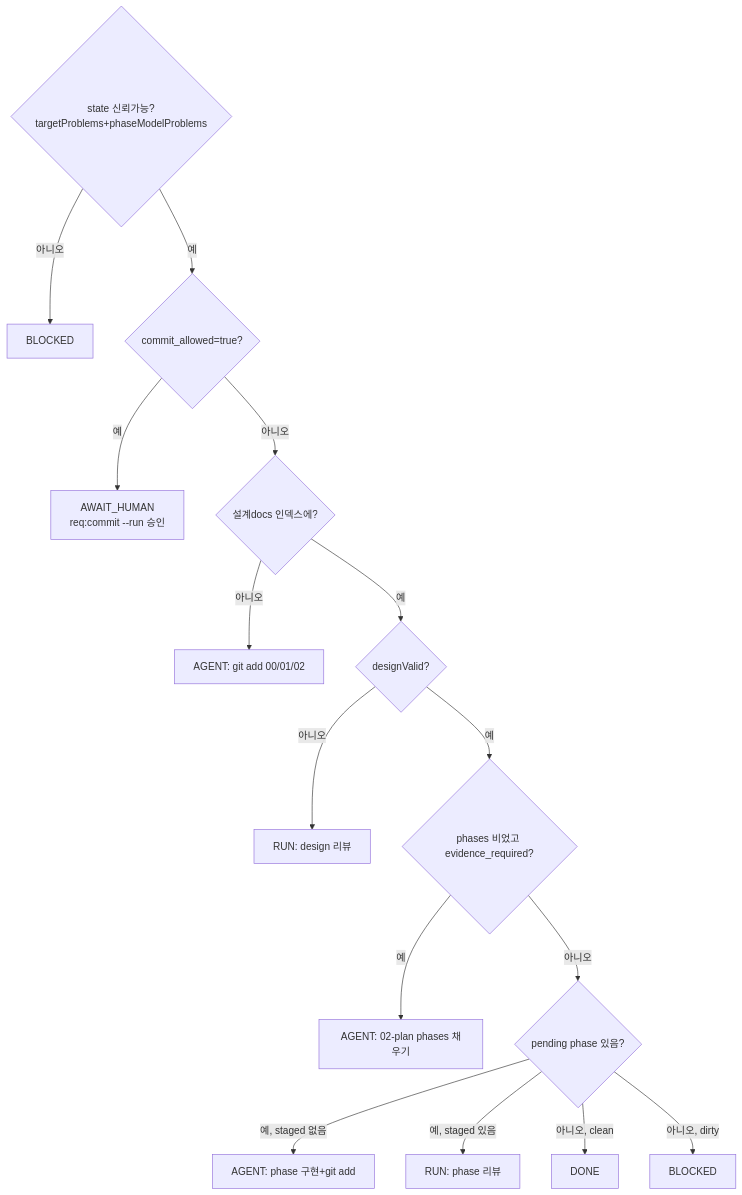
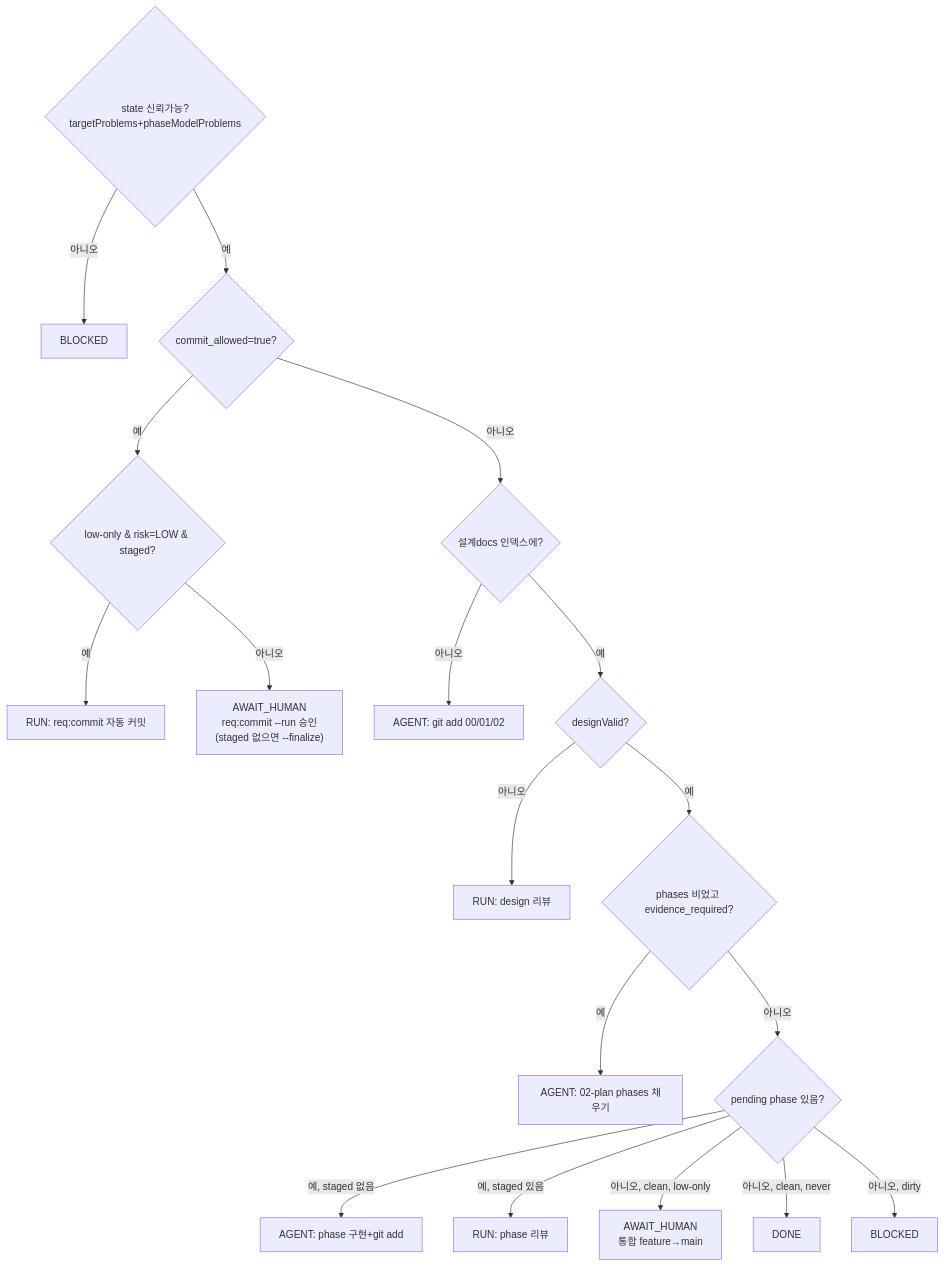
The third of 3 diagrams in docs/ssot-design/07-business-rules-and-state-machines.md (sol5288/commitgate), drawn with Mermaid before and after one commit. The commit also changed 7 other files, not shown here.

First line of the commit message:
docs(phase-commit): phaseCommit.autoApprove 문서화 + 이 repo opt-in(low-only)

````diff
--- a/docs/ssot-design/07-business-rules-and-state-machines.md
+++ b/docs/ssot-design/07-business-rules-and-state-machines.md
@@ -145,17 +145,20 @@
 ```mermaid
 flowchart TD
     S0{state 신뢰가능?<br/>targetProblems+phaseModelProblems} -->|아니오| B0[BLOCKED]
     S0 -->|예| S1{commit_allowed=true?}
-    S1 -->|예| AH[AWAIT_HUMAN<br/>req:commit --run 승인]
+    S1 -->|예| S1a{low-only & risk=LOW & staged?}
+    S1a -->|예| RC["RUN: req:commit 자동 커밋"]
+    S1a -->|아니오| AH["AWAIT_HUMAN<br/>req:commit --run 승인<br/>(staged 없으면 --finalize)"]
     S1 -->|아니오| S2{설계docs 인덱스에?}
     S2 -->|아니오| A2[AGENT: git add 00/01/02]
     S2 -->|예| S3{designValid?}
     S3 -->|아니오| G3[RUN: design 리뷰]
     S3 -->|예| S4{phases 비었고 evidence_required?}
     S4 -->|예| A4[AGENT: 02-plan phases 채우기]
     S4 -->|아니오| S8{pending phase 있음?}
     S8 -->|예, staged 없음| A8[AGENT: phase 구현+git add]
     S8 -->|예, staged 있음| G8[RUN: phase 리뷰]
-    S8 -->|아니오, clean| D[DONE]
+    S8 -->|아니오, clean, low-only| MG["AWAIT_HUMAN<br/>통합 feature→main"]
+    S8 -->|아니오, clean, never| D[DONE]
     S8 -->|아니오, dirty| BX[BLOCKED]
 ```
````
